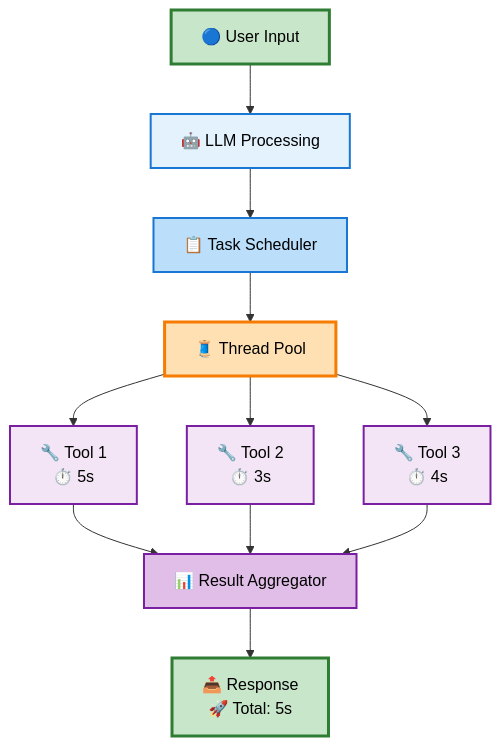
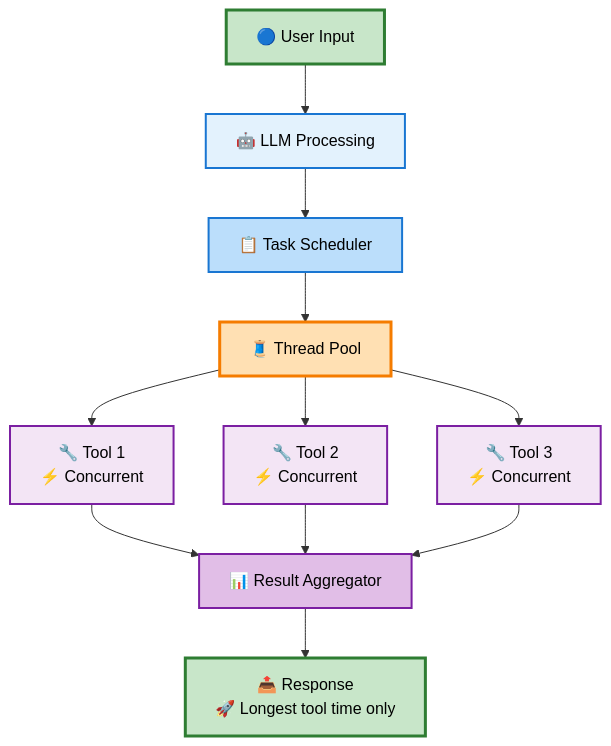
Before and after one commit to CodingButter/advanced-mcp-client: the third of 6 diagrams in README.md, drawn with Mermaid. The commit also changed other lines of this file, not shown here.

````diff
--- a/README.md
+++ b/README.md
@@ -189,25 +189,25 @@
 ```mermaid
 graph TD
     A2[🔵 User Input] --> B2[🤖 LLM Processing]
     B2 --> C2[📋 Task Scheduler]
     C2 --> D2[🧵 Thread Pool]
     
-    D2 --> E2[🔧 Tool 1<br/>⏱️ 5s]
-    D2 --> F2[🔧 Tool 2<br/>⏱️ 3s]
-    D2 --> G2[🔧 Tool 3<br/>⏱️ 4s]
+    D2 --> E2[🔧 Tool 1<br/>⚡ Concurrent]
+    D2 --> F2[🔧 Tool 2<br/>⚡ Concurrent]
+    D2 --> G2[🔧 Tool 3<br/>⚡ Concurrent]
     
     E2 --> H2[📊 Result Aggregator]
     F2 --> H2
     G2 --> H2
-    H2 --> I2[📤 Response<br/>🚀 Total: 5s]
+    H2 --> I2[📤 Response<br/>🚀 Longest tool time only]
     
     style A2 fill:#c8e6c9,stroke:#2e7d32,stroke-width:3px,color:#000
     style I2 fill:#c8e6c9,stroke:#2e7d32,stroke-width:3px,color:#000
     style D2 fill:#ffe0b3,stroke:#f57c00,stroke-width:3px,color:#000
     style C2 fill:#bbdefb,stroke:#1976d2,stroke-width:2px,color:#000
     style H2 fill:#e1bee7,stroke:#7b1fa2,stroke-width:2px,color:#000
     style B2 fill:#e3f2fd,stroke:#1976d2,stroke-width:2px,color:#000
     style E2 fill:#f3e5f5,stroke:#7b1fa2,stroke-width:2px,color:#000
     style F2 fill:#f3e5f5,stroke:#7b1fa2,stroke-width:2px,color:#000
     style G2 fill:#f3e5f5,stroke:#7b1fa2,stroke-width:2px,color:#000
 ```
````
